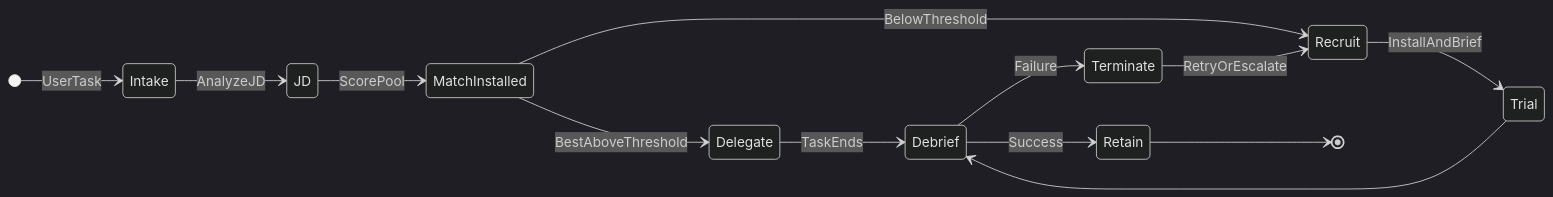
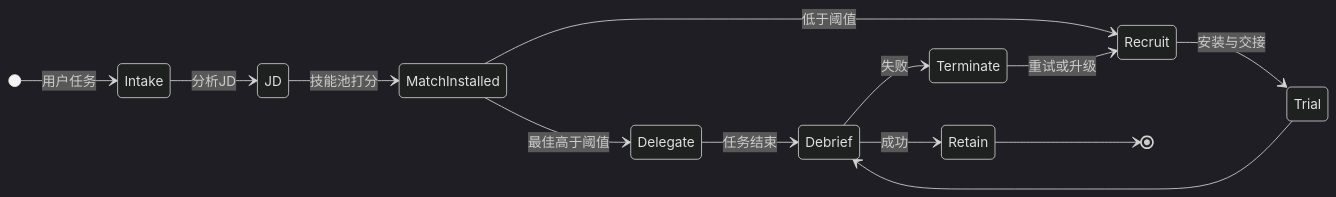
One commit to thinkitpossible/skill-hr changed the first of 3 diagrams in README.md. Above: the diagram before and after it, drawn with Mermaid (dark theme). The commit also changed other lines of this file and 59 other files, not shown here.

````diff
--- a/README.md
+++ b/README.md
@@ -15,16 +219,16 @@
 ```mermaid
 stateDiagram-v2
   direction LR
-  [*] --> Intake: UserTask
-  Intake --> JD: AnalyzeJD
-  JD --> MatchInstalled: ScorePool
-  MatchInstalled --> Delegate: BestAboveThreshold
-  MatchInstalled --> Recruit: BelowThreshold
-  Delegate --> Debrief: TaskEnds
-  Debrief --> Retain: Success
-  Debrief --> Terminate: Failure
-  Recruit --> Trial: InstallAndBrief
+  [*] --> Intake: 用户任务
+  Intake --> JD: 分析JD
+  JD --> MatchInstalled: 技能池打分
+  MatchInstalled --> Delegate: 最佳高于阈值
+  MatchInstalled --> Recruit: 低于阈值
+  Delegate --> Debrief: 任务结束
+  Debrief --> Retain: 成功
+  Debrief --> Terminate: 失败
+  Recruit --> Trial: 安装与交接
   Trial --> Debrief
-  Terminate --> Recruit: RetryOrEscalate
+  Terminate --> Recruit: 重试或升级
   Retain --> [*]
 ```
````
